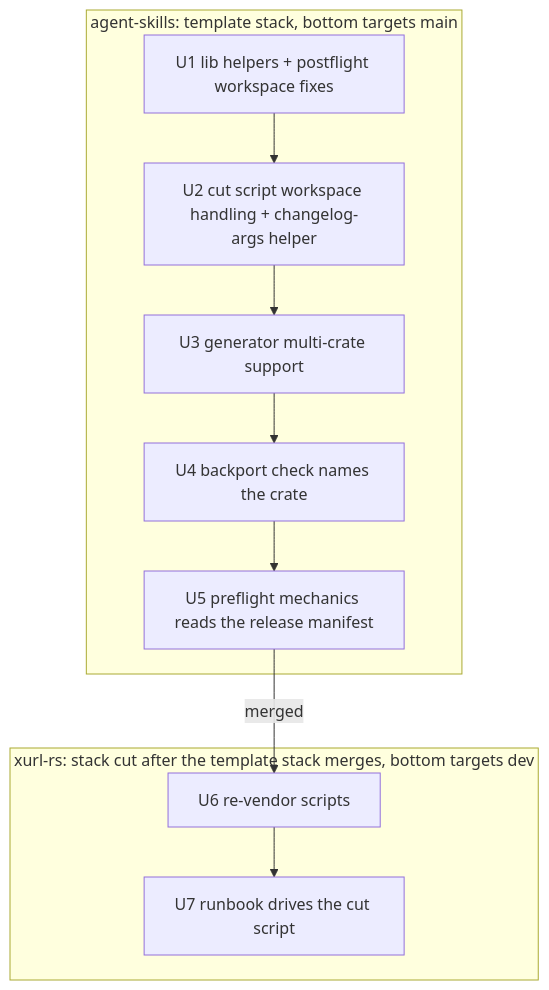
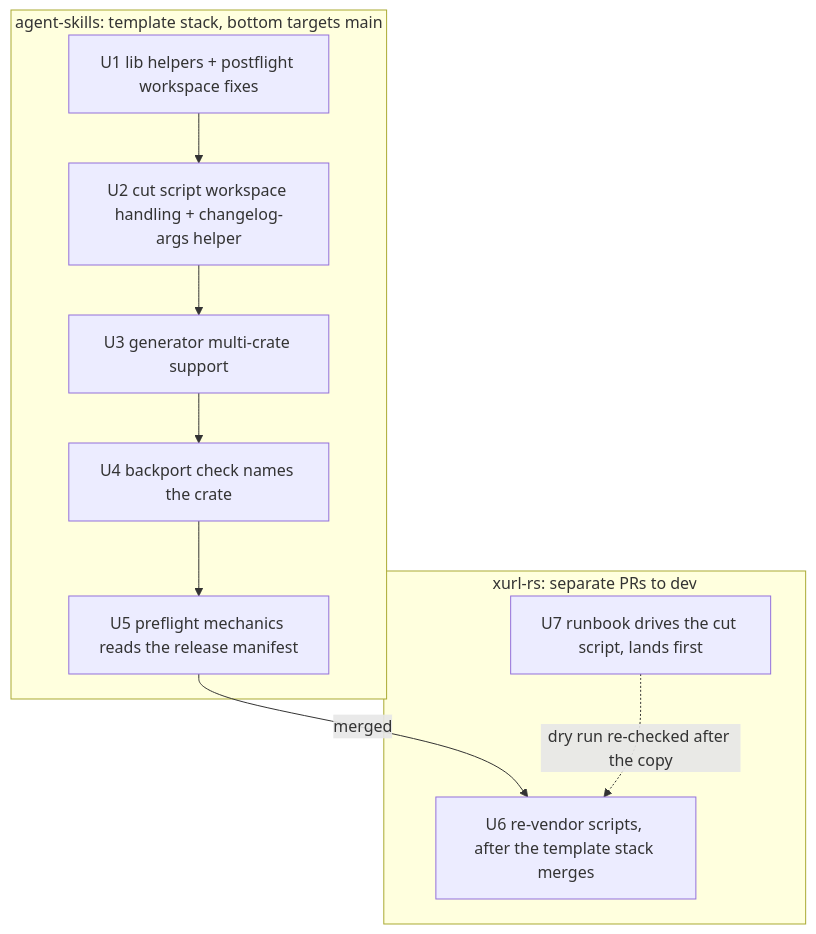
Before and after one commit to brettdavies/xurl-rs: the first of 2 diagrams in docs/plans/2026-10-02-1439-feat-release-cut-script-wiring-plan.md, drawn with Mermaid. The commit also changed other lines of this file, not shown here.

First line of the commit message:
docs(plans): apply the eng review to the release cut wiring plan

````diff
--- a/docs/plans/2026-10-02-1439-feat-release-cut-script-wiring-plan.md
+++ b/docs/plans/2026-10-02-1439-feat-release-cut-script-wiring-plan.md
@@ -162,13 +163,15 @@
 ```mermaid
 flowchart TB
   subgraph T[agent-skills: template stack, bottom targets main]
     U1[U1 lib helpers + postflight workspace fixes] --> U2[U2 cut script workspace handling + changelog-args helper]
     U2 --> U3[U3 generator multi-crate support]
     U3 --> U4[U4 backport check names the crate]
     U4 --> U5[U5 preflight mechanics reads the release manifest]
   end
-  subgraph X[xurl-rs: stack cut after the template stack merges, bottom targets dev]
-    U6[U6 re-vendor scripts] --> U7[U7 runbook drives the cut script]
+  subgraph X[xurl-rs: separate PRs to dev]
+    U7[U7 runbook drives the cut script, lands first]
+    U6[U6 re-vendor scripts, after the template stack merges]
   end
   U5 -->|merged| U6
+  U7 -.->|dry run re-checked after the copy| U6
 ```
````
